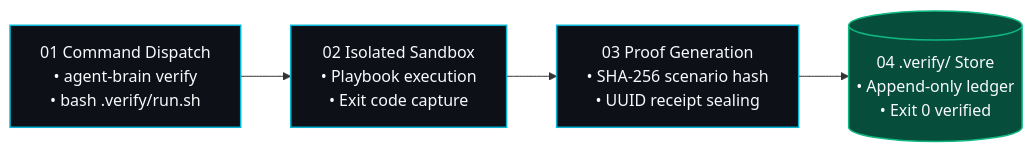
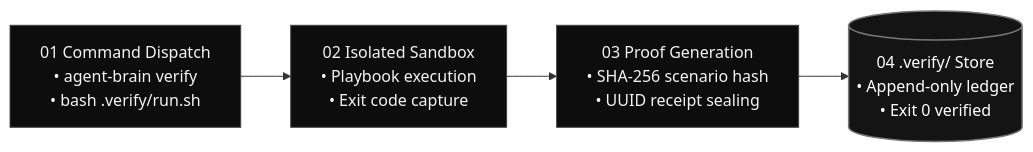
One commit to autonomic-ai-dev/website changed the diagram in src/routes/docs/verification/+page.md. Above: the diagram before and after it, drawn with Mermaid. The commit also changed other lines of this file and 20 other files, not shown here.

First line of the commit message:
feat(ui): animate background, sync nav & footer, showcase brew & cargo, and fix monochromatic mermaid charts (#25)

````diff
--- a/src/routes/docs/verification/+page.md
+++ b/src/routes/docs/verification/+page.md
@@ -31,11 +31,11 @@
 ```mermaid
 flowchart LR
     CMD["01 Command Dispatch\n• agent-brain verify\n• bash .verify/run.sh"] --> SBX["02 Isolated Sandbox\n• Playbook execution\n• Exit code capture"]
     SBX --> PROOF["03 Proof Generation\n• SHA-256 scenario hash\n• UUID receipt sealing"]
     PROOF --> REC[("04 .verify/ Store\n• Append-only ledger\n• Exit 0 verified")]
 
-    classDef procNode fill:#0d1117,stroke:#06b6d4,stroke-width:1.5px,color:#f8fafc;
-    classDef storeNode fill:#064e3b,stroke:#10b981,stroke-width:1.5px,color:#f8fafc;
+    classDef procNode fill:#0d0d0d,stroke:#444444,stroke-width:1px,color:#f4f4f5;
+    classDef storeNode fill:#141414,stroke:#777777,stroke-width:1.5px,color:#ffffff;
     class CMD,SBX,PROOF procNode;
     class REC storeNode;
 ```
````
